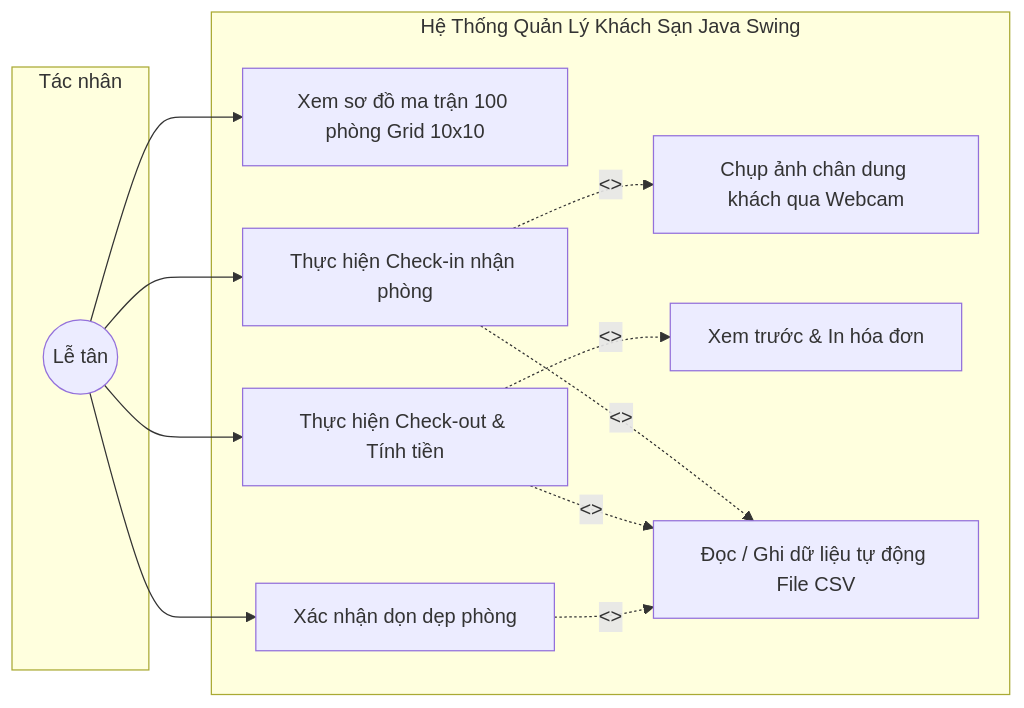
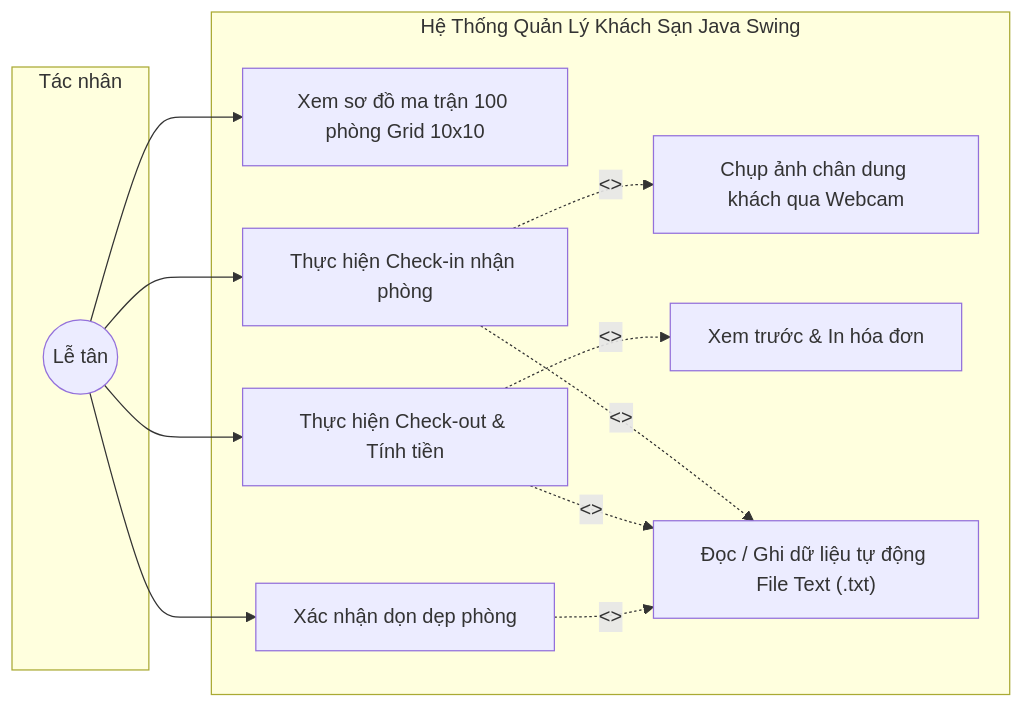
One commit to NNTTuan/HotelBookingSystem changed the diagram in docs/diagrams/usecase_diagram.mmd. Above: the diagram before and after it, drawn with Mermaid. The commit also changed 9 other files, not shown here.

```diff
--- a/docs/diagrams/usecase_diagram.mmd
+++ b/docs/diagrams/usecase_diagram.mmd
@@ -1,25 +1,25 @@
 flowchart LR
     subgraph Actor ["Tác nhân"]
         User((Lễ tân))
     end
 
     subgraph System ["Hệ Thống Quản Lý Khách Sạn Java Swing"]
         UC1["Xem sơ đồ ma trận 100 phòng Grid 10x10"]
         UC2["Thực hiện Check-in nhận phòng"]
         UC3["Chụp ảnh chân dung khách qua Webcam"]
         UC4["Thực hiện Check-out & Tính tiền"]
         UC5["Xem trước & In hóa đơn"]
         UC6["Xác nhận dọn dẹp phòng"]
-        UC7["Đọc / Ghi dữ liệu tự động File CSV"]
+        UC7["Đọc / Ghi dữ liệu tự động File Text (.txt)"]
     end
 
     User --> UC1
     User --> UC2
     User --> UC4
     User --> UC6
 
     UC2 -. "<<include>>" .-> UC3
     UC2 -. "<<include>>" .-> UC7
     UC4 -. "<<extend>>" .-> UC5
     UC4 -. "<<include>>" .-> UC7
     UC6 -. "<<include>>" .-> UC7
```
